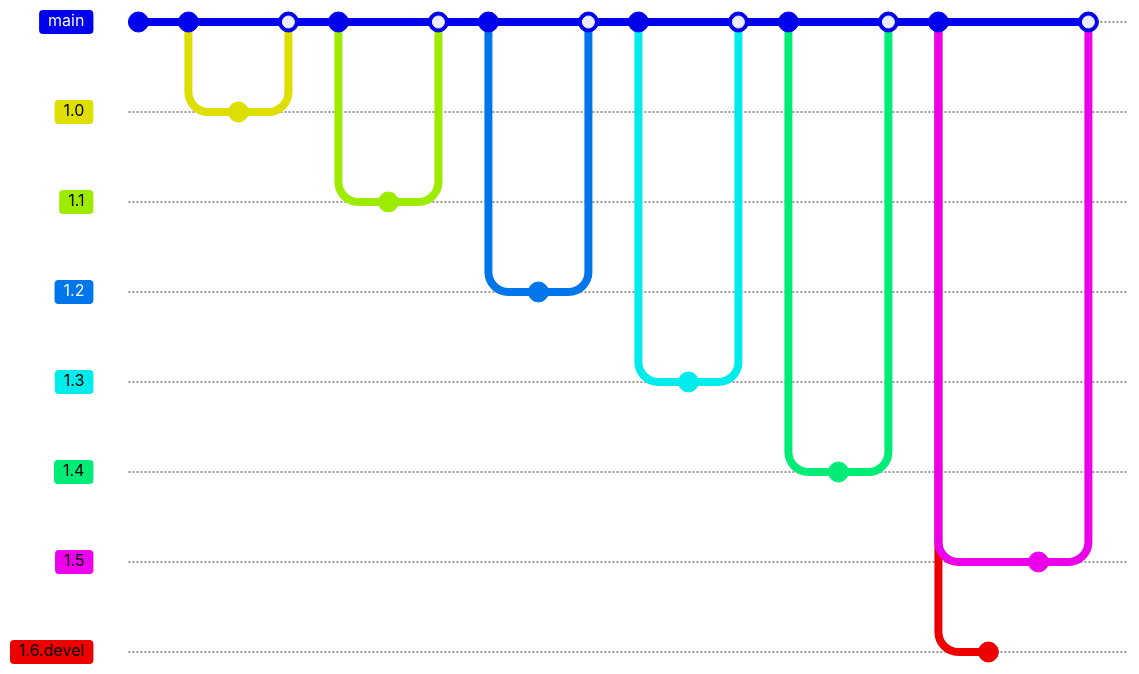
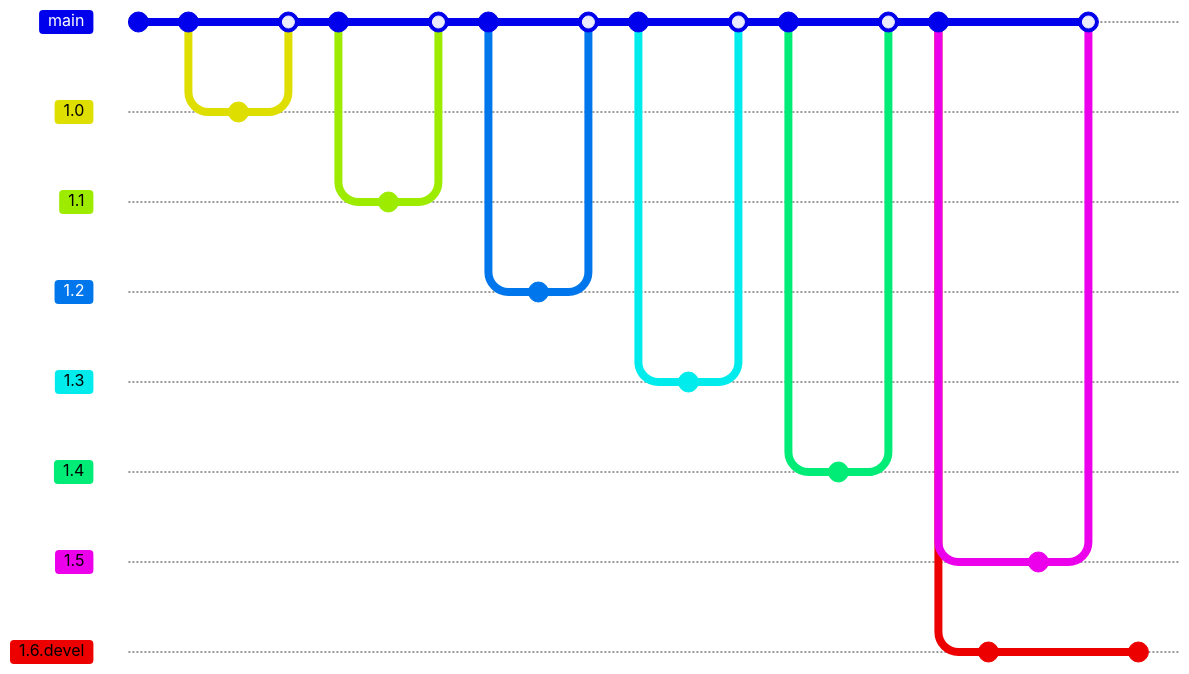
Before and after one commit to gianmarco-mameli/uselessrepo: the diagram in graph.md, drawn with Mermaid. Commit ids are hidden.

````diff
--- a/graph.md
+++ b/graph.md
@@ -1,42 +1,44 @@
 ```mermaid
 gitGraph
     commit
     commit
     branch 1.0
     checkout 1.0
     commit
     checkout main
     merge 1.0
     commit
     branch 1.1
     checkout 1.1
     commit
     checkout main
     merge 1.1
     commit
     branch 1.2
     checkout 1.2
     commit
     checkout main
     merge 1.2
     commit
     branch 1.3
     checkout 1.3
     commit
     checkout main
     merge 1.3
     commit
     branch 1.4
     checkout 1.4
     commit
     checkout main
     merge 1.4
     commit
     branch 1.5
     branch 1.6.devel
     commit
     checkout 1.5
     commit
     checkout main
     merge 1.5
+    checkout 1.6.devel
+    commit
 ```
````
